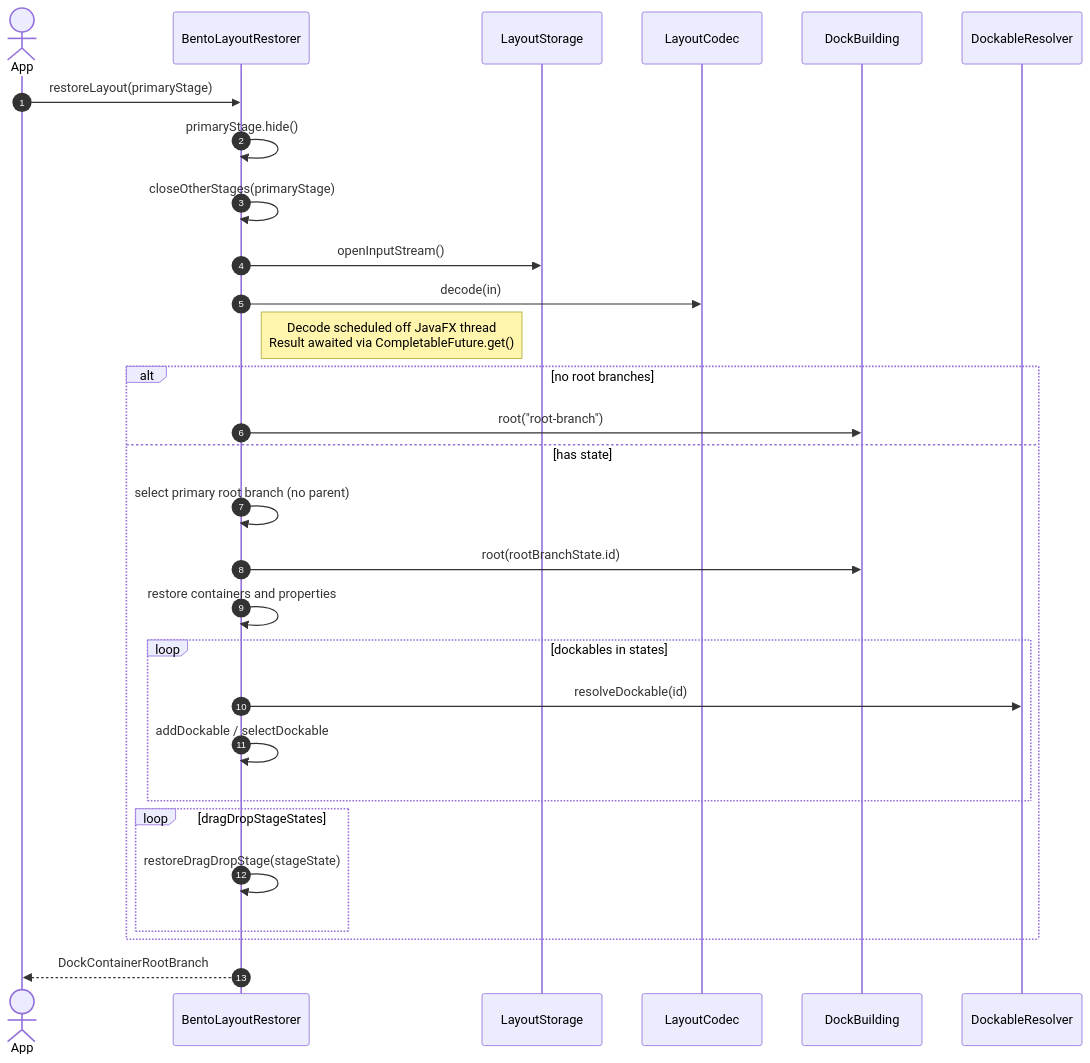
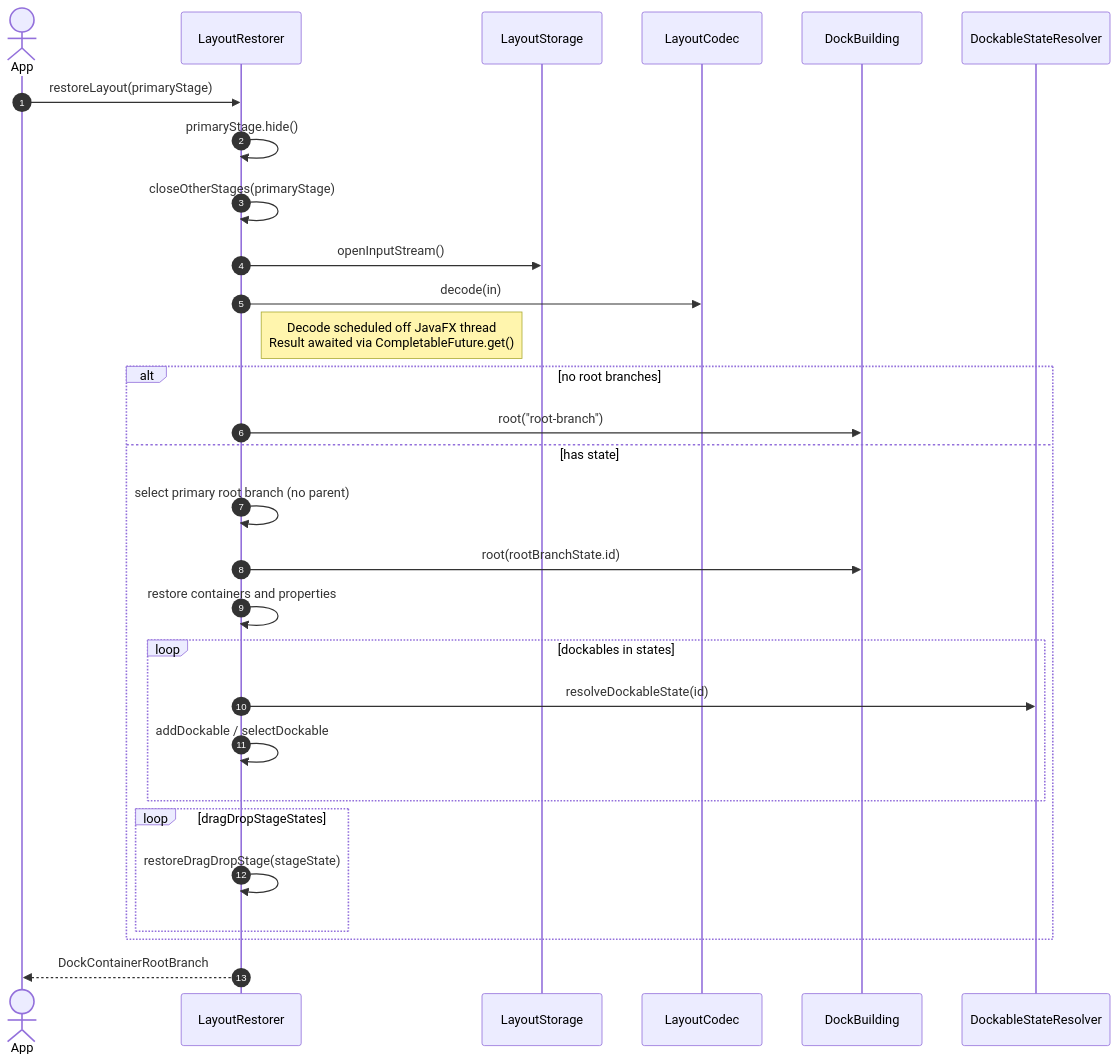
Before and after one commit to philliplbryant/BentoFX: the third of 4 diagrams in assets/bento-layout-persistence-diagrams.md, drawn with Mermaid. The commit also changed other lines of this file and 7 other files, not shown here.

````diff
--- a/assets/bento-layout-persistence-diagrams.md
+++ b/assets/bento-layout-persistence-diagrams.md
@@ -83,35 +83,35 @@
 ```mermaid
 sequenceDiagram
   autonumber
   actor App
-  participant Restorer as BentoLayoutRestorer
+  participant Restorer as LayoutRestorer
   participant Storage as LayoutStorage
   participant Codec as LayoutCodec
   participant Dock as DockBuilding
-  participant Resolver as DockableResolver
+  participant Resolver as DockableStateResolver
 
   App->>Restorer: restoreLayout(primaryStage)
   Restorer->>Restorer: primaryStage.hide()
   Restorer->>Restorer: closeOtherStages(primaryStage)
 
   Restorer->>Storage: openInputStream()
   Restorer->>Codec: decode(in)
   Note right of Restorer: Decode scheduled off JavaFX thread <br/> Result awaited via CompletableFuture.get()
 
   alt no root branches
     Restorer->>Dock: root("root-branch")
   else has state
     Restorer->>Restorer: select primary root branch (no parent)
     Restorer->>Dock: root(rootBranchState.id)
     Restorer->>Restorer: restore containers and properties
     loop dockables in states
-      Restorer->>Resolver: resolveDockable(id)
+      Restorer->>Resolver: resolveDockableState(id)
       Restorer->>Restorer: addDockable / selectDockable
     end
     loop dragDropStageStates
       Restorer->>Restorer: restoreDragDropStage(stageState)
     end
   end
 
   Restorer-->>App: DockContainerRootBranch
 ```
````
